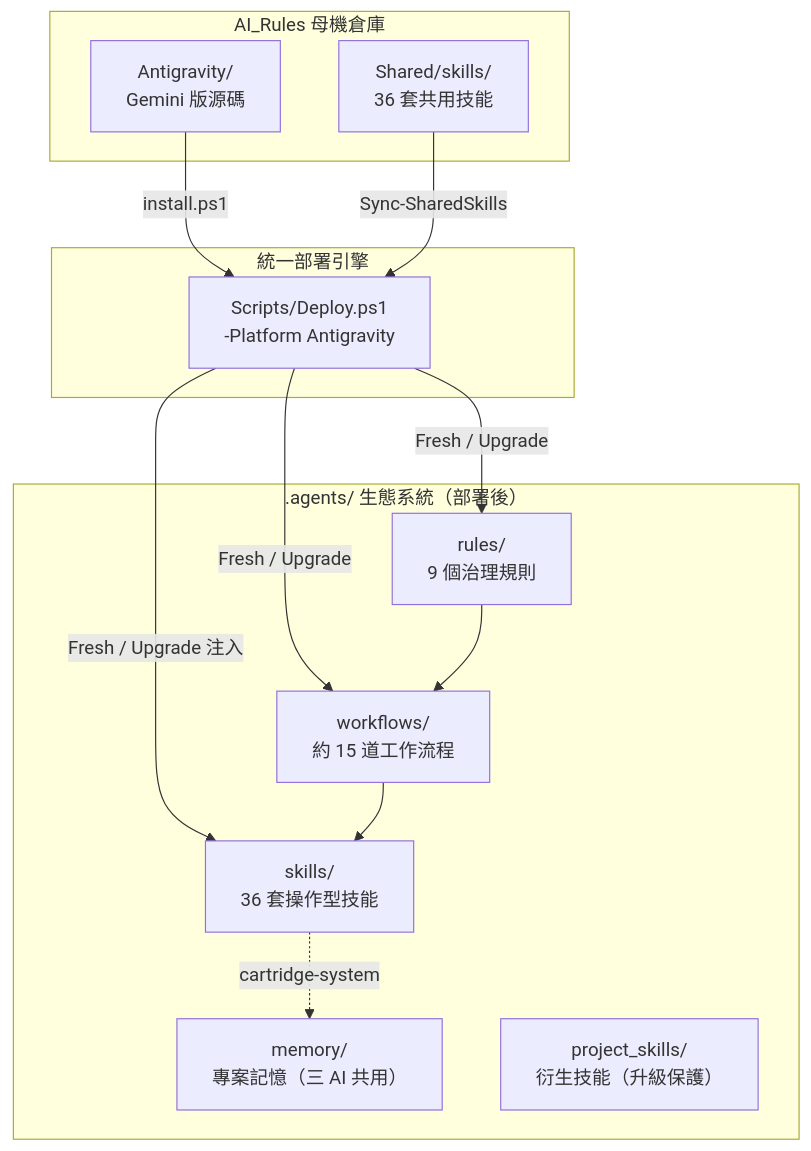
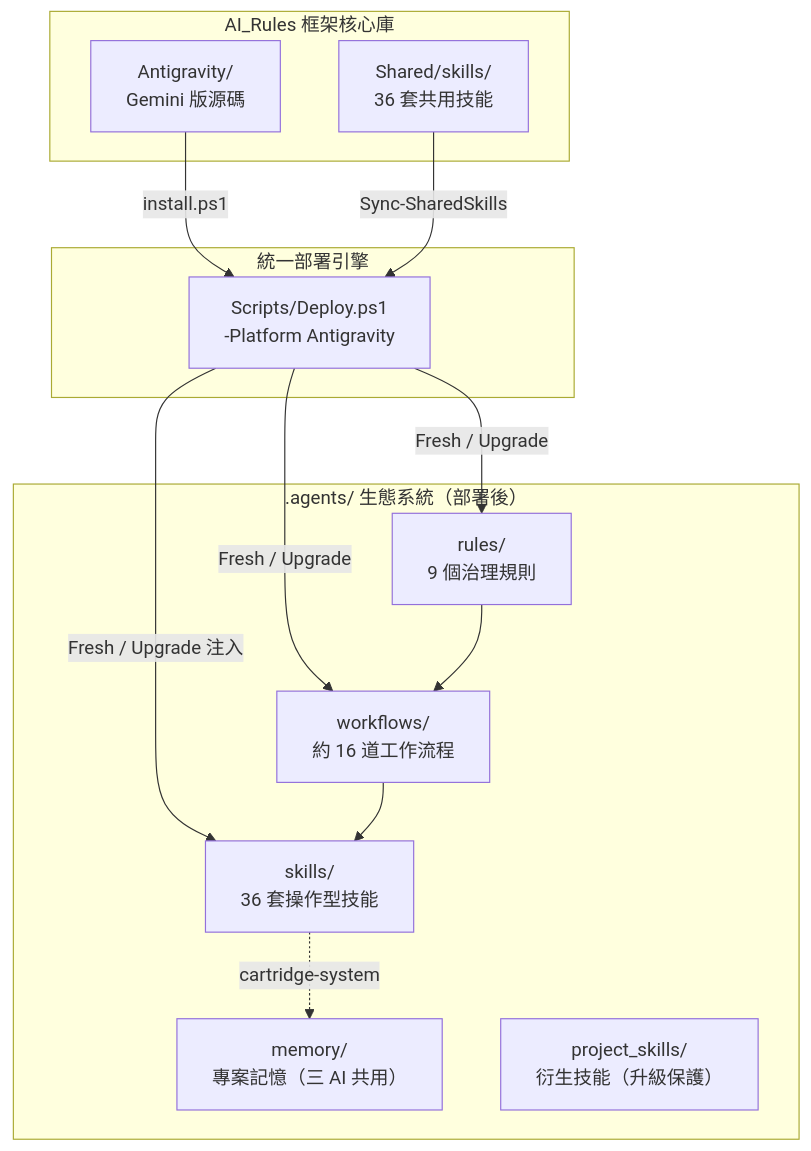
One commit to Kunshao1117/AI_Rules changed the first of 3 diagrams in Antigravity/README.md. Above: the diagram before and after it, drawn with Mermaid. The commit also changed other lines of this file and 43 other files, not shown here.

````diff
--- a/Antigravity/README.md
+++ b/Antigravity/README.md
@@ -74,28 +75,28 @@
 ```mermaid
 graph TB
-    subgraph "AI_Rules 母機倉庫"
+    subgraph "AI_Rules 框架核心庫"
         SRC["Antigravity/<br/>Gemini 版源碼"]
         SH["Shared/skills/<br/>36 套共用技能"]
     end
 
     subgraph "統一部署引擎"
         DEPLOY["Scripts/Deploy.ps1<br/>-Platform Antigravity"]
     end
 
     subgraph ".agents/ 生態系統（部署後）"
         RULES["rules/<br/>9 個治理規則"]
-        WF["workflows/<br/>約 15 道工作流程"]
+        WF["workflows/<br/>約 16 道工作流程"]
         SKILLS["skills/<br/>36 套操作型技能"]
         MEM["memory/<br/>專案記憶（三 AI 共用）"]
         PROJ["project_skills/<br/>衍生技能（升級保護）"]
     end
 
     SRC -->|"install.ps1"| DEPLOY
     SH -->|"Sync-SharedSkills"| DEPLOY
     DEPLOY -->|"Fresh / Upgrade"| RULES
     DEPLOY -->|"Fresh / Upgrade"| WF
     DEPLOY -->|"Fresh / Upgrade 注入"| SKILLS
     RULES --> WF
     WF --> SKILLS
     SKILLS -.->|"cartridge-system"| MEM
 ```
````
